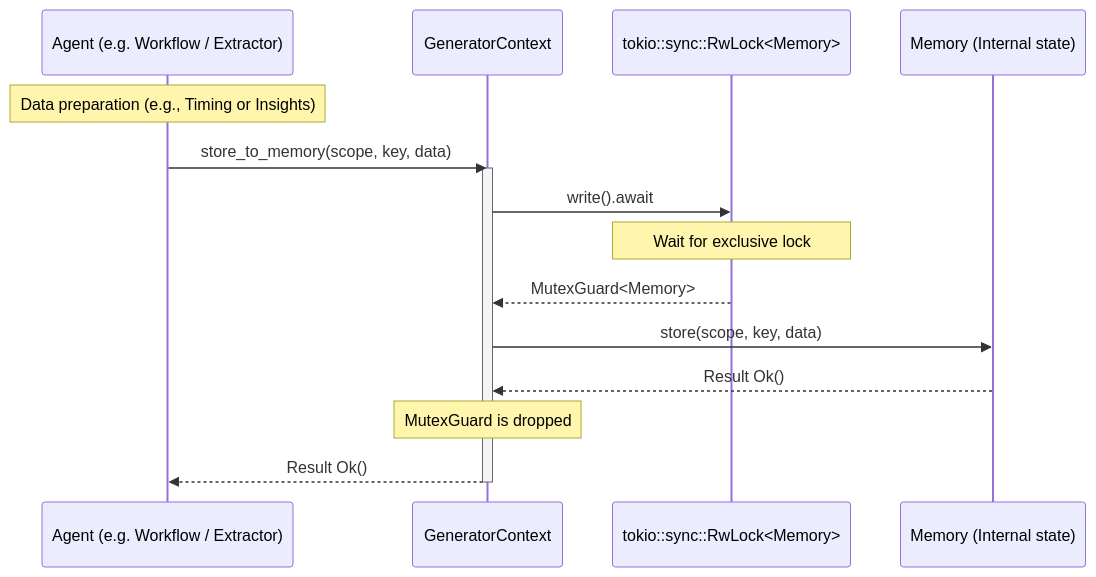
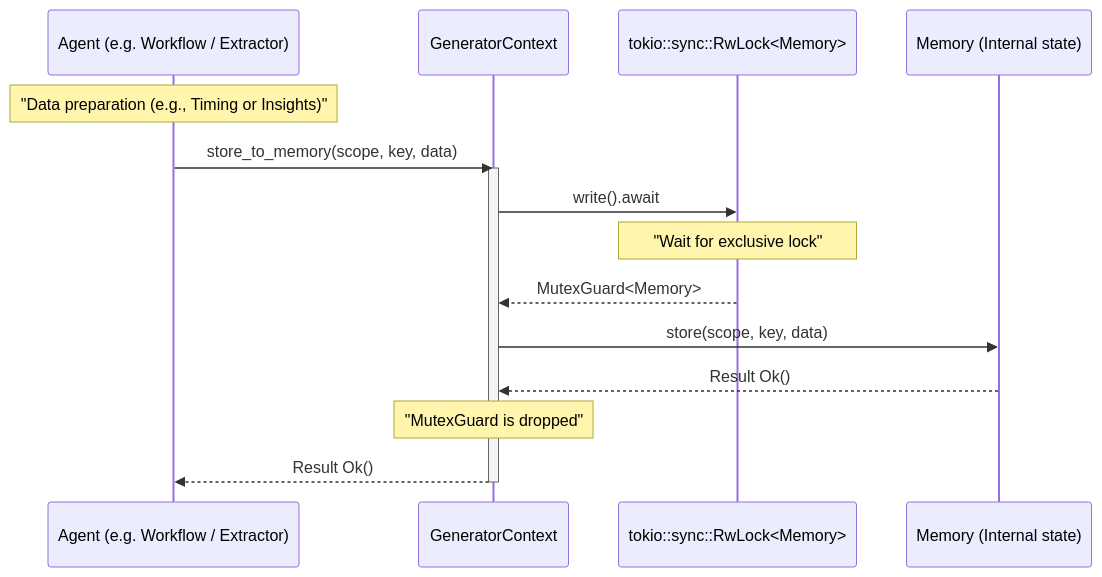
Before and after one commit to nimblemo/code-tree-rs: the sixth of 32 diagrams in README.md, drawn with Mermaid. The commit also changed other lines of this file, not shown here.

````diff
--- a/README.md
+++ b/README.md
@@ -427,24 +433,24 @@
 ```mermaid
 sequenceDiagram
     participant Agent as Agent (e.g. Workflow / Extractor)
     participant Context as GeneratorContext
     participant Lock as tokio::sync::RwLock<Memory>
     participant Mem as Memory (Internal state)
 
-    Note over Agent: Data preparation (e.g., Timing or Insights)
-    
+    Note over Agent: "Data preparation (e.g., Timing or Insights)"
+
     Agent->>Context: store_to_memory(scope, key, data)
-    
+
     activate Context
     Context->>Lock: write().await
-    
-    Note over Lock: Wait for exclusive lock
+
+    Note over Lock: "Wait for exclusive lock"
     Lock-->>Context: MutexGuard<Memory>
-    
+
     Context->>Mem: store(scope, key, data)
     Mem-->>Context: Result Ok()
-    
-    Note over Context: MutexGuard is dropped
+
+    Note over Context: "MutexGuard is dropped"
     Context-->>Agent: Result Ok()
     deactivate Context
 ```
````
